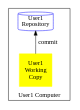
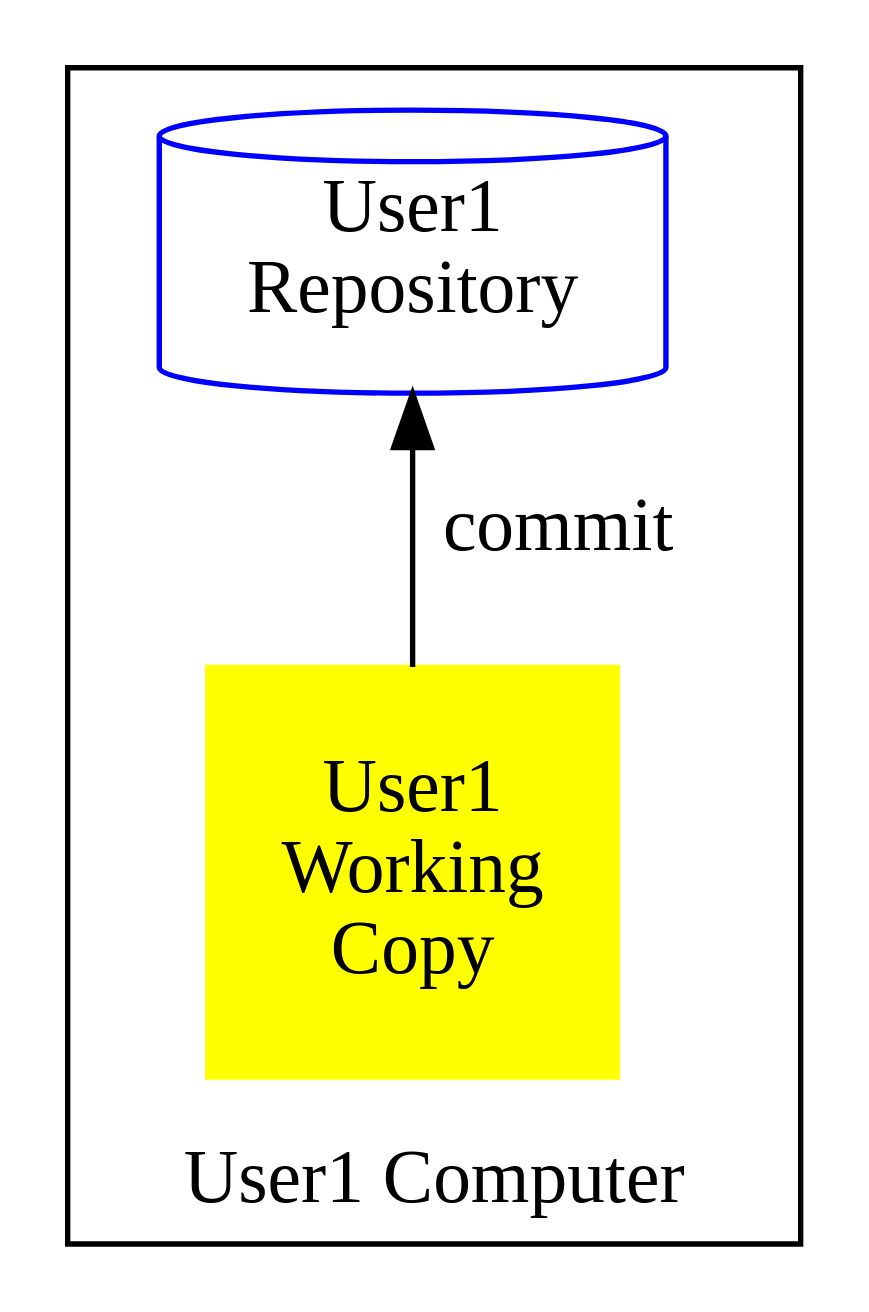
The diagram in assets/img/graphviz/commit.dot (greg-hutchinson/git-training), drawn with Graphviz before and after one commit. The commit also changed 17 other files, not shown here.

Commit message:
Updated diagrams

```diff
--- a/assets/img/graphviz/commit.dot
+++ b/assets/img/graphviz/commit.dot
@@ -1,12 +1,11 @@
-digraph foo {
+digraph commit {
     rankdir="BT"
-    node [style=rounded, width=1, margin="0,0"];
+    size="40!"
     User1WC [shape= square, label="User1\nWorking\nCopy", style=filled; color=yellow];
     User1Rep [shape= cylinder, label="User1\nRepository", color=blue];
     User1WC -> User1Rep [label="commit"]
     subgraph cluster_User1 {
         label="User1 Computer"
-        {  User1Rep User1WC
-        }
+        User1Rep User1WC
     }
 }
```
